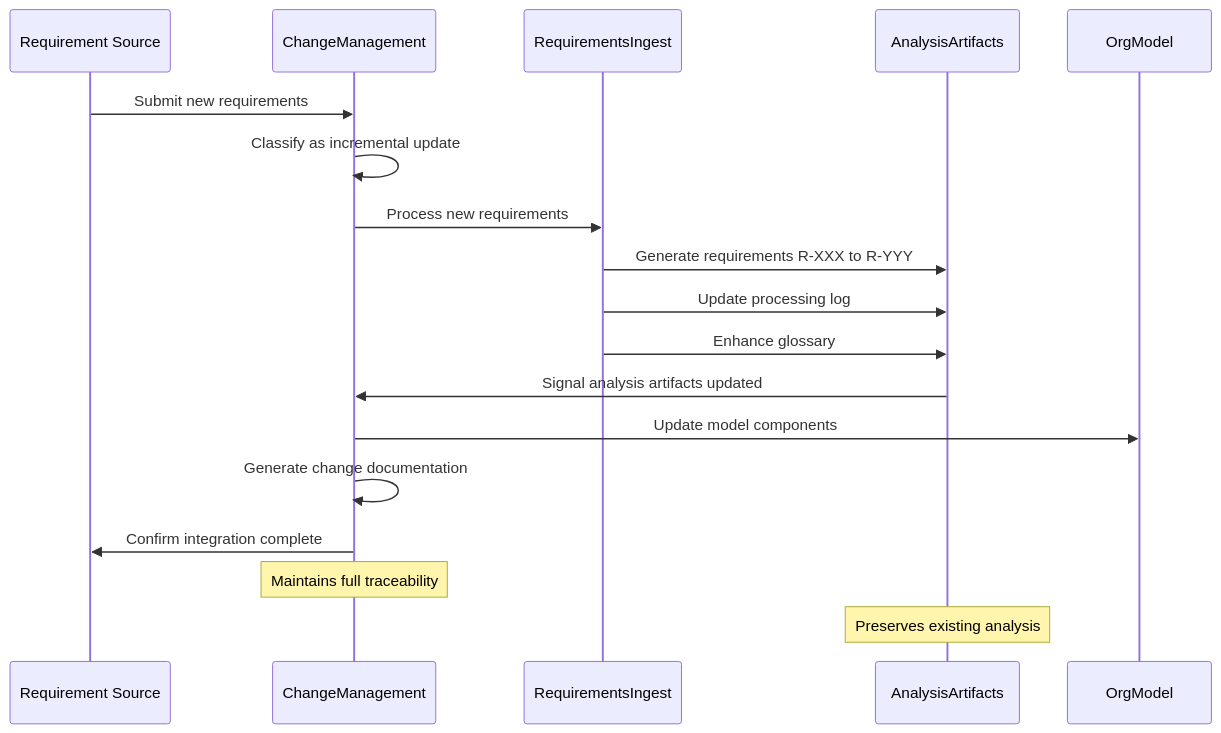
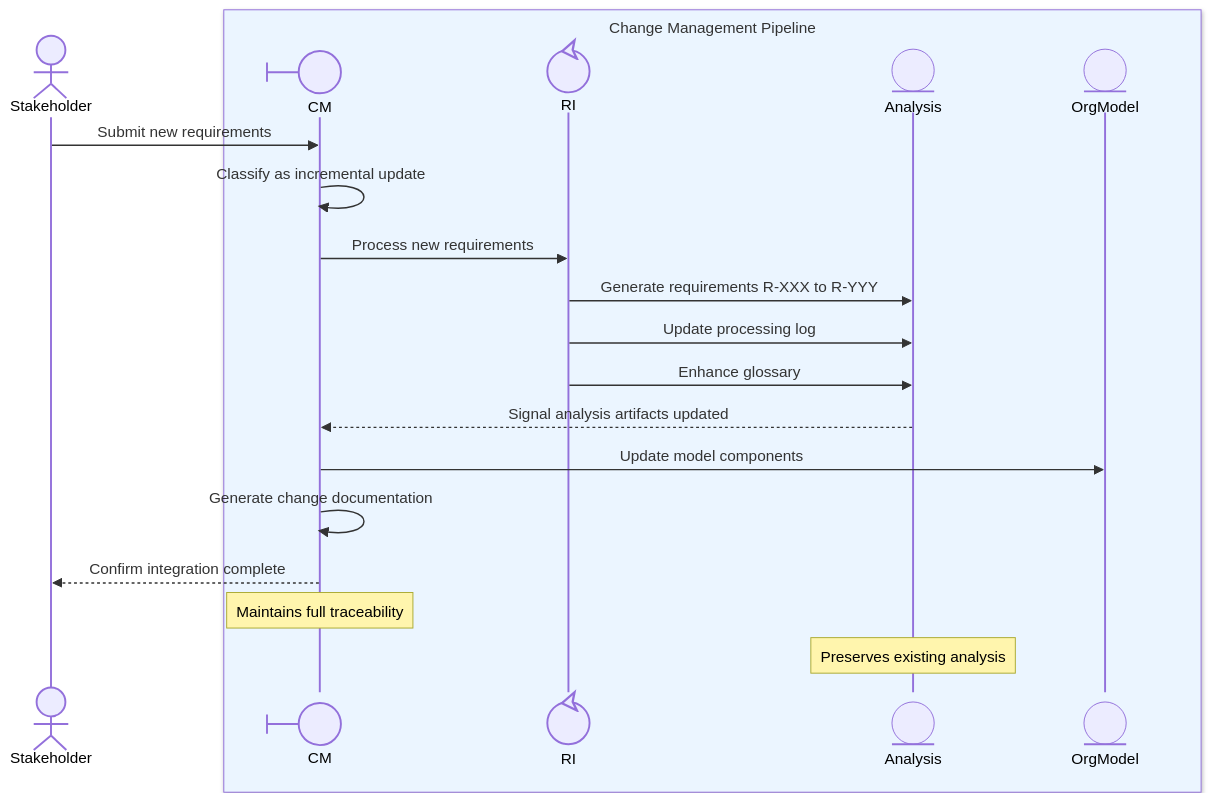
The sixth of 8 diagrams in OrgDocument/orgModel/01 - Skill Development Process/collaboration.md (zhongadamwang/AI_Slowcooker), drawn with Mermaid before and after one commit. The commit also changed other lines of this file and 6 other files, not shown here.

Commit message:
Update orgModel

````diff
--- a/OrgDocument/orgModel/01 - Skill Development Process/collaboration.md
+++ b/OrgDocument/orgModel/01 - Skill Development Process/collaboration.md
@@ -169,25 +197,39 @@
 ```mermaid
 sequenceDiagram
-    participant Stakeholder as Requirement Source
-    participant CM as ChangeManagement
-    participant RI as RequirementsIngest
-    participant Analysis as AnalysisArtifacts
-    participant OrgModel as OrgModel
-    
+    %% ─────────────────────────────────────────────────────
+    %% BOUNDARY SUMMARY
+    %% ─────────────────────────────────────────────────────
+    %% [B-1] Change Management Pipeline
+    %%         Participants: ChangeManagement (boundary), RequirementsIngest (control),
+    %%                       AnalysisArtifacts (entity), OrgModel (entity)
+    %%         Decomposable: RequirementsIngest
+    %%         External actor: Requirement Source
+    %% ─────────────────────────────────────────────────────
+
+    participant Stakeholder@{ "type": "actor", "label": "Requirement Source" }
+
+    %% [B-1] Change Management Pipeline
+    box rgb(235, 245, 255) Change Management Pipeline
+        participant CM@{ "type": "boundary", "label": "Change Management" }
+        participant RI@{ "type": "control", "label": "Requirements Ingest" }
+        participant Analysis@{ "type": "entity", "label": "Analysis Artifacts" }
+        participant OrgModel@{ "type": "entity", "label": "Org Model" }
+    end
+
     Stakeholder->>CM: Submit new requirements
     CM->>CM: Classify as incremental update
     CM->>RI: Process new requirements
-    
+
     RI->>Analysis: Generate requirements R-XXX to R-YYY
     RI->>Analysis: Update processing log
     RI->>Analysis: Enhance glossary
-    
-    Analysis->>CM: Signal analysis artifacts updated
+
+    Analysis-->>CM: Signal analysis artifacts updated
     CM->>OrgModel: Update model components
     CM->>CM: Generate change documentation
-    
-    CM->>Stakeholder: Confirm integration complete
-    
+
+    CM-->>Stakeholder: Confirm integration complete
+
     Note over CM: Maintains full traceability
     Note over Analysis: Preserves existing analysis
 ```
````
